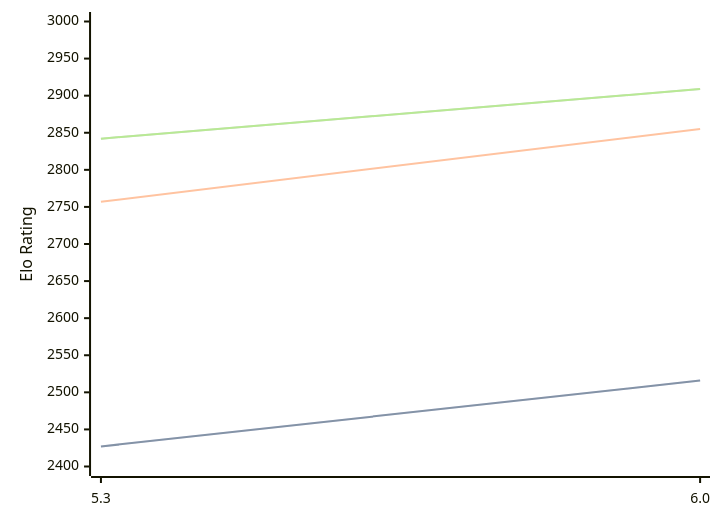
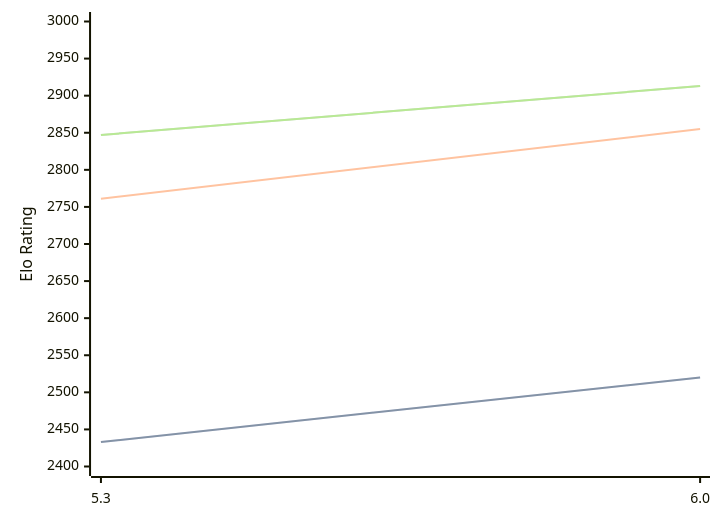
The diagram in engines/tomitankChess.md (computer-chess-index/cci), drawn with Mermaid before and after one commit. The commit also changed other lines of this file, not shown here.

Commit message:
Update CCI Ratings (ELO VLTC) - 2026-04-18

````diff
--- a/engines/tomitankChess.md
+++ b/engines/tomitankChess.md
@@ -40,11 +40,11 @@
 ```mermaid
 %%{init: {"theme":"base","themeVariables":{"seriesColors:['#a3a3a3','#222221','#faa371']}}}%%
 xychart-beta
   x-axis ["5.3", "6.0"]
   y-axis "Elo Rating" 2400 --> 3000
-  line "STC (8.0+0.08s)" [2427, 2516]
-  line "STC (8.0+0.08s)" [2427, 2516]
-  line "LTC (60.0+0.60s)" [2757, 2855]
-  line "VLTC (2m24s+1.12s)" [2842, 2909]
-  line "VLTC (2m24s+1.12s)" [2842, 2909]
+  line "STC (8.0+0.08s)" [2433, 2520]
+  line "STC (8.0+0.08s)" [2433, 2520]
+  line "LTC (60.0+0.60s)" [2761, 2855]
+  line "VLTC (2m24s+1.12s)" [2847, 2913]
+  line "VLTC (2m24s+1.12s)" [2847, 2913]
 ```
````
